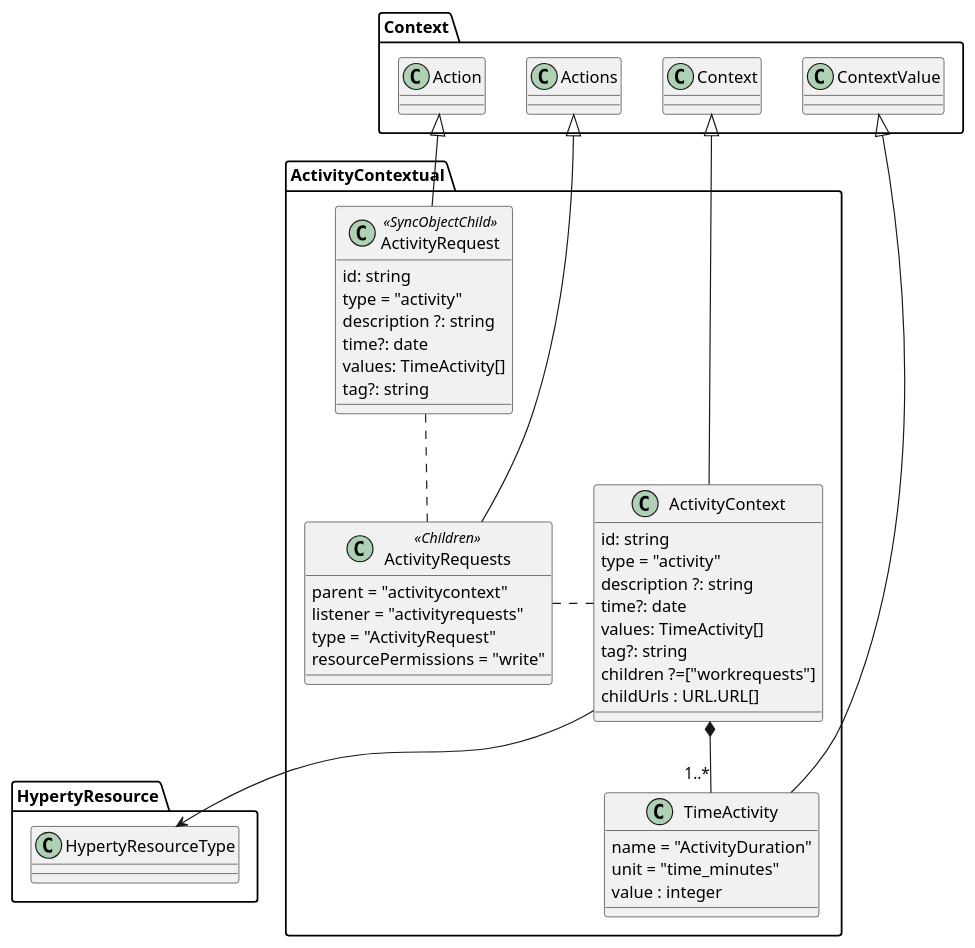
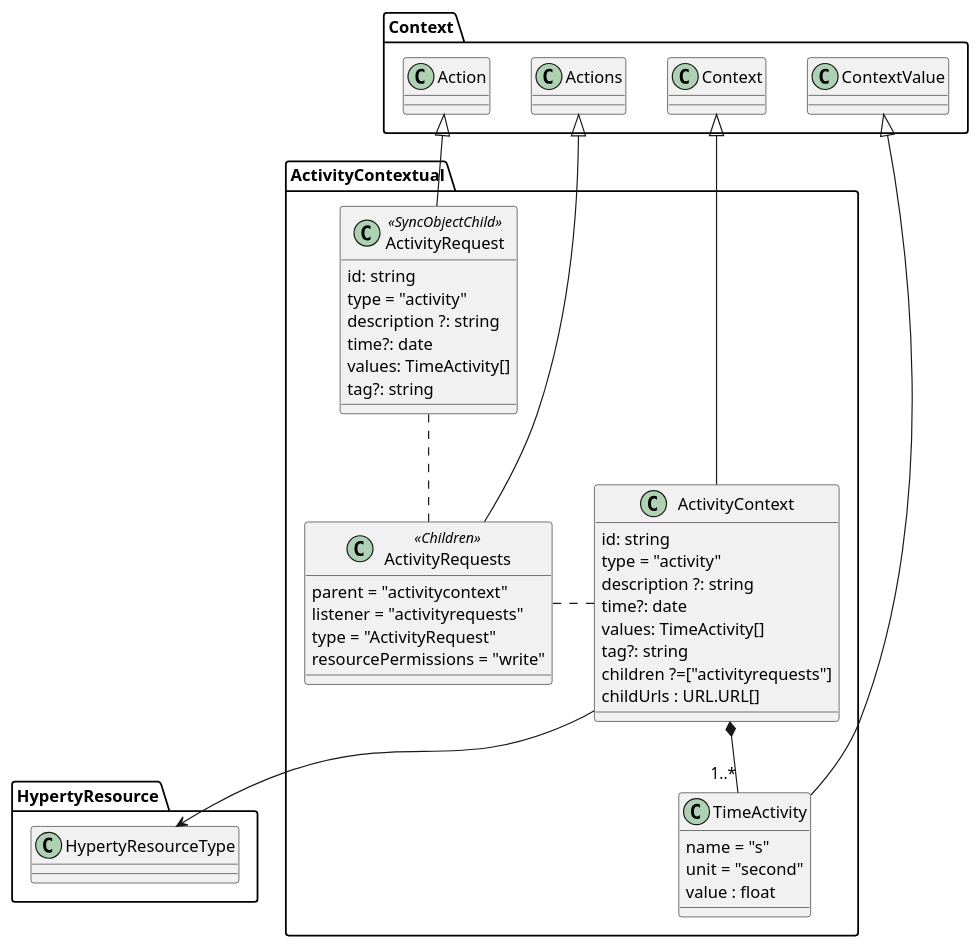
The diagram in docs/Deliverable_52/applications_doc/smart-contextual-assistance/activity-context.puml (reTHINK-project/scenario-service-implementation), drawn with PlantUML before and after one commit. The commit also changed 3 other files, not shown here.

```diff
--- a/docs/Deliverable_52/applications_doc/smart-contextual-assistance/activity-context.puml
+++ b/docs/Deliverable_52/applications_doc/smart-contextual-assistance/activity-context.puml
@@ -1,50 +1,50 @@
 @startuml "activity-context.png"
 
 Package ActivityContextual {
 
 class ActivityContext {
   id: string
   type = "activity"
   description ?: string
   time?: date
   values: TimeActivity[]
   tag?: string
-  children ?=["workrequests"]
+  children ?=["activityrequests"]
   childUrls : URL.URL[]
 }
 
 
 class TimeActivity {
-  name = "ActivityDuration"
-  unit = "time_minutes"
-  value : integer
+  name = "s"
+  unit = "second"
+  value : float
 }
 
 class ActivityRequests <<Children>> {
   parent = "activitycontext"
   listener = "activityrequests"
   type = "ActivityRequest"
   resourcePermissions = "write"
 }
 
 class ActivityRequest <<SyncObjectChild>> {
   id: string
   type = "activity"
   description ?: string
   time?: date
   values: TimeActivity[]
   tag?: string
 }
 }
 ActivityContext *-- "1..*" TimeActivity
 
 ActivityContext -up-|> Context.Context
 ActivityRequests -up-|> Context.Actions
 ActivityRequest -up-|> Context.Action
 TimeActivity -up-|> Context.ContextValue
 ActivityContext .left. ActivityRequests
 ActivityRequest .. ActivityRequests
 ActivityContext --> HypertyResource.HypertyResourceType
 
 
 @enduml
```
